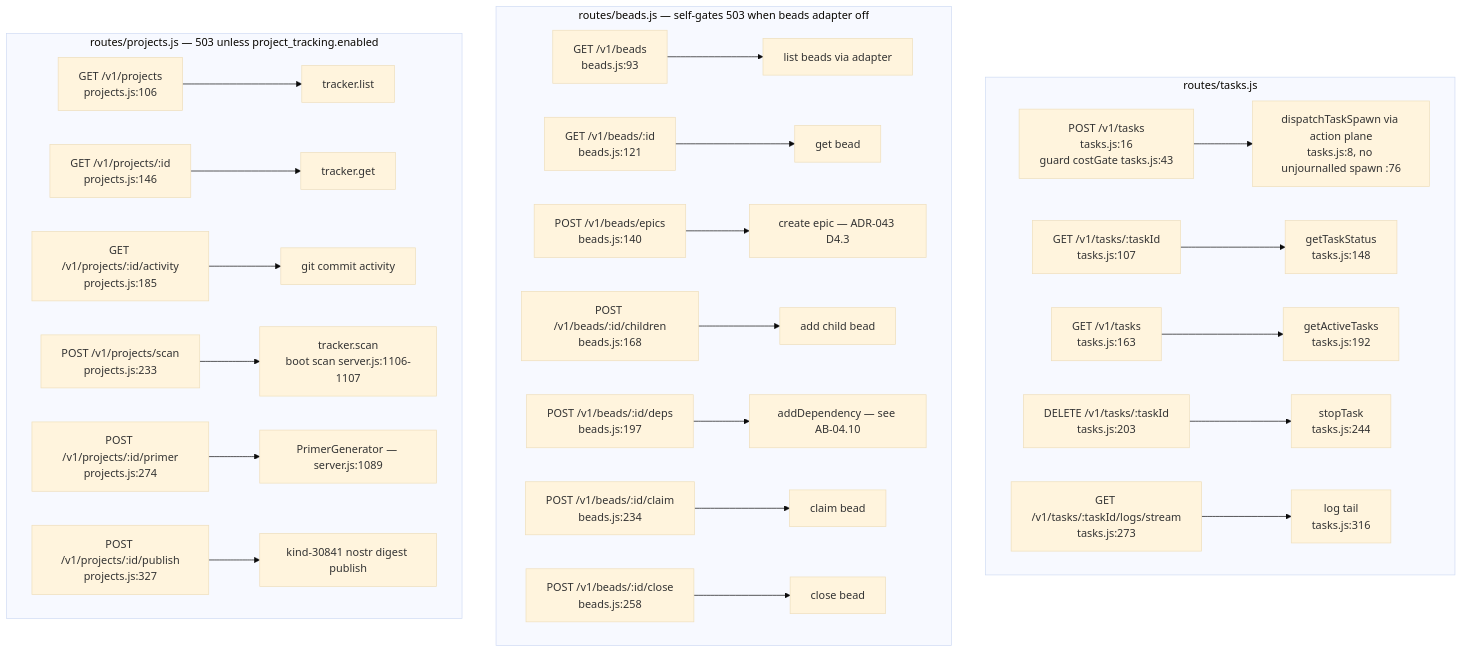
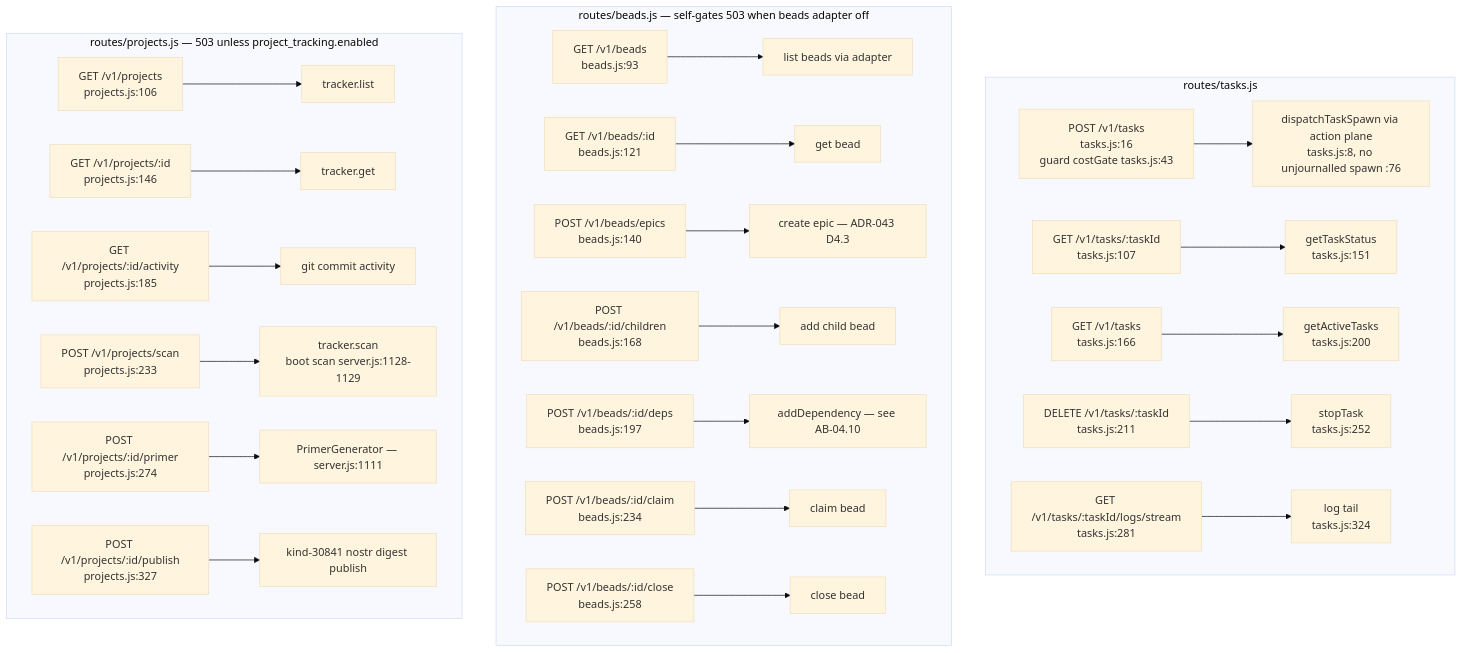
The seventh of 17 diagrams in docs/diagrams/agentbox/03-management-api-request-lifecycle.md (DreamLab-AI/VisionFlow), drawn with Mermaid (base theme) before and after one commit. The commit also changed other lines of this file and 8 other files, not shown here.

First line of the commit message:
docs(diagrams): re-verify the NIP-98 proxy topics and the custody counts at agentbox 0693c761c (VF-DIAGRAM-NIP98-DRIFT)

````diff
--- a/docs/diagrams/agentbox/03-management-api-request-lifecycle.md
+++ b/docs/diagrams/agentbox/03-management-api-request-lifecycle.md
@@ -319,27 +321,27 @@
 ```mermaid
 flowchart TD
     subgraph tasks["routes/tasks.js"]
         T1["POST /v1/tasks<br/>tasks.js:16<br/>guard costGate tasks.js:43"] --> TH1["dispatchTaskSpawn via action plane<br/>tasks.js:8, no unjournalled spawn :76"]
-        T2["GET /v1/tasks/:taskId<br/>tasks.js:107"] --> TH2["getTaskStatus<br/>tasks.js:148"]
-        T3["GET /v1/tasks<br/>tasks.js:163"] --> TH3["getActiveTasks<br/>tasks.js:192"]
-        T4["DELETE /v1/tasks/:taskId<br/>tasks.js:203"] --> TH4["stopTask<br/>tasks.js:244"]
-        T5["GET /v1/tasks/:taskId/logs/stream<br/>tasks.js:273"] --> TH5["log tail<br/>tasks.js:316"]
+        T2["GET /v1/tasks/:taskId<br/>tasks.js:107"] --> TH2["getTaskStatus<br/>tasks.js:151"]
+        T3["GET /v1/tasks<br/>tasks.js:166"] --> TH3["getActiveTasks<br/>tasks.js:200"]
+        T4["DELETE /v1/tasks/:taskId<br/>tasks.js:211"] --> TH4["stopTask<br/>tasks.js:252"]
+        T5["GET /v1/tasks/:taskId/logs/stream<br/>tasks.js:281"] --> TH5["log tail<br/>tasks.js:324"]
     end
     subgraph beads["routes/beads.js — self-gates 503 when beads adapter off"]
         B1["GET /v1/beads<br/>beads.js:93"] --> BH1["list beads via adapter"]
         B2["GET /v1/beads/:id<br/>beads.js:121"] --> BH2["get bead"]
         B3["POST /v1/beads/epics<br/>beads.js:140"] --> BH3["create epic — ADR-043 D4.3"]
         B4["POST /v1/beads/:id/children<br/>beads.js:168"] --> BH4["add child bead"]
         B5["POST /v1/beads/:id/deps<br/>beads.js:197"] --> BH5["addDependency — see AB-04.10"]
         B6["POST /v1/beads/:id/claim<br/>beads.js:234"] --> BH6["claim bead"]
         B7["POST /v1/beads/:id/close<br/>beads.js:258"] --> BH7["close bead"]
     end
     subgraph projects["routes/projects.js — 503 unless project_tracking.enabled"]
         P1["GET /v1/projects<br/>projects.js:106"] --> PH1["tracker.list"]
         P2["GET /v1/projects/:id<br/>projects.js:146"] --> PH2["tracker.get"]
         P3["GET /v1/projects/:id/activity<br/>projects.js:185"] --> PH3["git commit activity"]
-        P4["POST /v1/projects/scan<br/>projects.js:233"] --> PH4["tracker.scan<br/>boot scan server.js:1106-1107"]
-        P5["POST /v1/projects/:id/primer<br/>projects.js:274"] --> PH5["PrimerGenerator — server.js:1089"]
+        P4["POST /v1/projects/scan<br/>projects.js:233"] --> PH4["tracker.scan<br/>boot scan server.js:1128-1129"]
+        P5["POST /v1/projects/:id/primer<br/>projects.js:274"] --> PH5["PrimerGenerator — server.js:1111"]
         P6["POST /v1/projects/:id/publish<br/>projects.js:327"] --> PH6["kind-30841 nostr digest publish"]
     end
 ```
````
